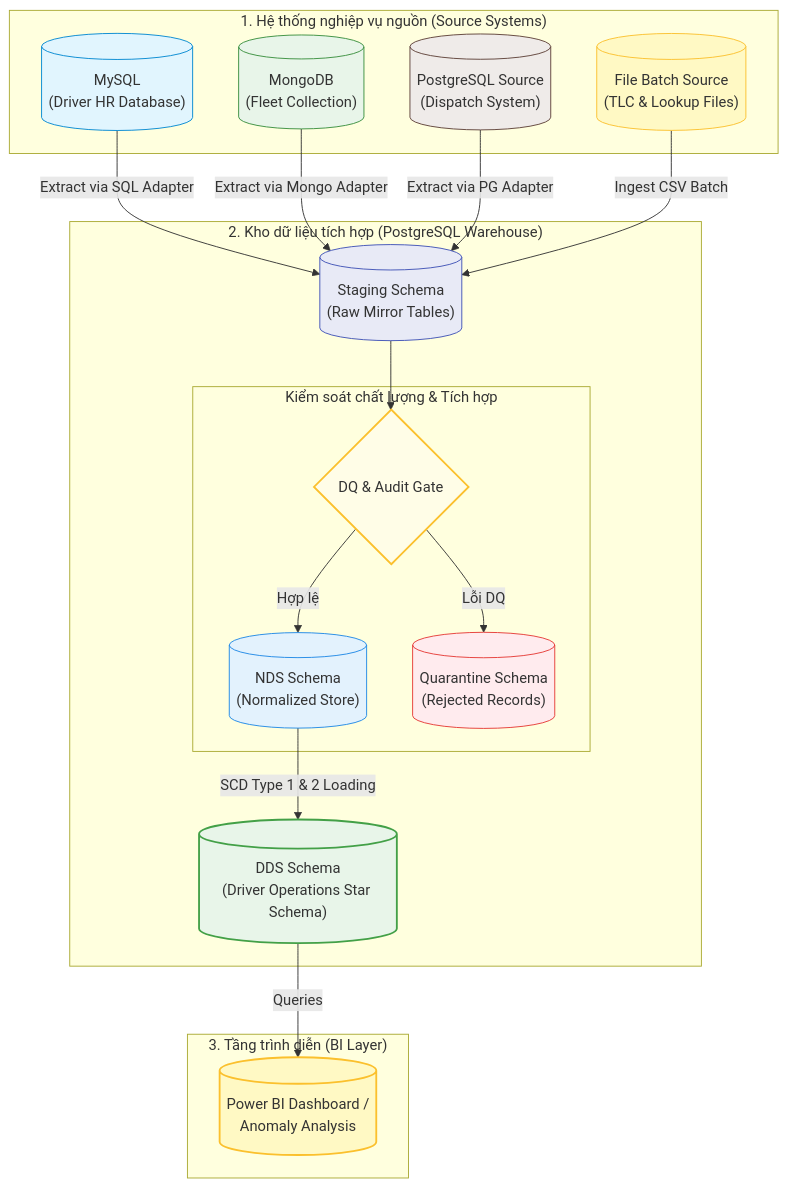
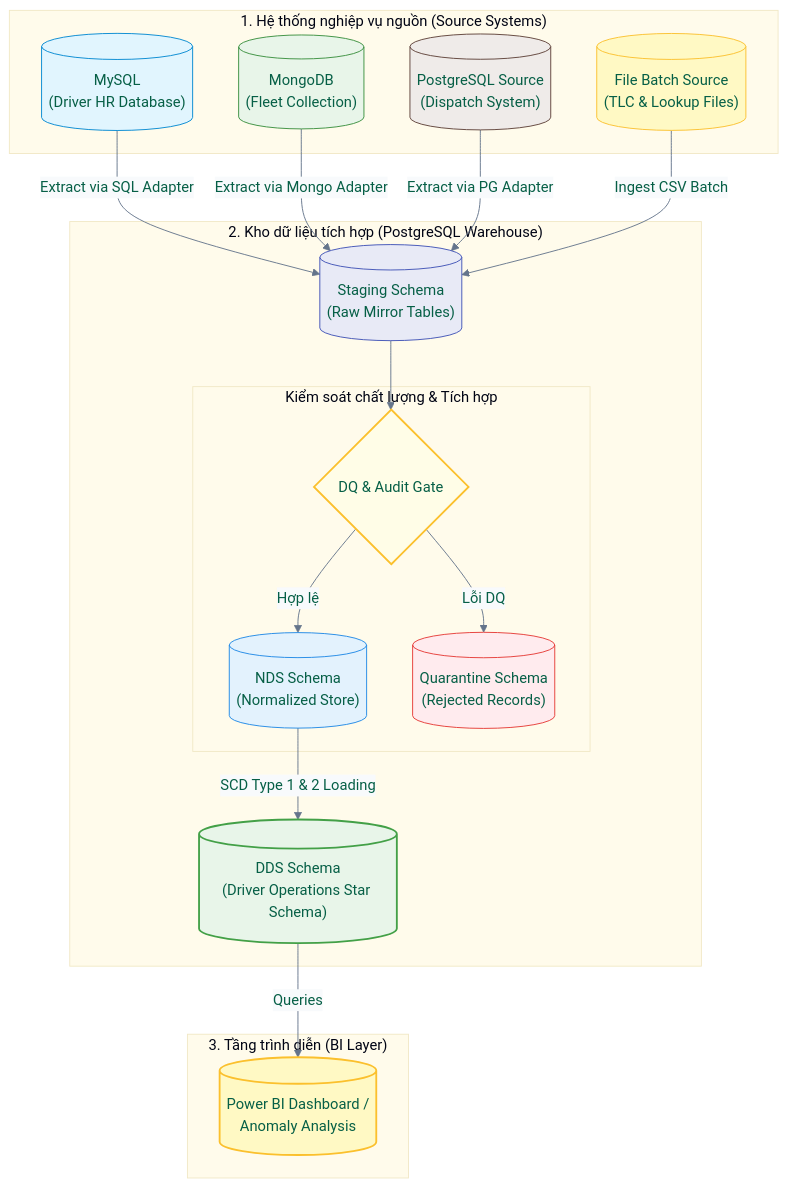
Before and after one commit to HuyVuCV1011/Green-taxi: the first of 2 diagrams in docs/05-architecture.md, drawn with Mermaid. The commit also changed other lines of this file and 4 other files, not shown here.

````diff
--- a/docs/05-architecture.md
+++ b/docs/05-architecture.md
@@ -23,48 +25,49 @@
 ```mermaid
+%%{init: {'theme': 'base', 'themeVariables': { 'primaryColor': '#ecfdf5', 'primaryTextColor': '#065f46', 'primaryBorderColor': '#10b981', 'lineColor': '#64748b', 'secondaryColor': '#f8fafc', 'tertiaryColor': '#fffbeb'}}}%%
 flowchart TD
     subgraph SimulationSources["1. Hệ thống nghiệp vụ nguồn (Source Systems)"]
         MySQL[("MySQL<br>(Driver HR Database)")]
         Mongo[("MongoDB<br>(Fleet Collection)")]
         PG_Src[("PostgreSQL Source<br>(Dispatch System)")]
         TLC_Files[("File Batch Source<br>(TLC & Lookup Files)")]
     end
 
     subgraph WarehouseSystem["2. Kho dữ liệu tích hợp (PostgreSQL Warehouse)"]
         STG[("Staging Schema<br>(Raw Mirror Tables)")]
 
         subgraph IntegrityFlow["Kiểm soát chất lượng & Tích hợp"]
             DQ{"DQ & Audit Gate"}
             NDS[("NDS Schema<br>(Normalized Store)")]
             Q_Schema[("Quarantine Schema<br>(Rejected Records)")]
         end
 
         DDS[("DDS Schema<br>(Driver Operations Star Schema)")]
     end
 
     subgraph AnalysisBI["3. Tầng trình diễn (BI Layer)"]
         Dashboard[("Power BI Dashboard /<br>Anomaly Analysis")]
     end
 
     MySQL -->|"Extract via SQL Adapter"| STG
     Mongo -->|"Extract via Mongo Adapter"| STG
     PG_Src -->|"Extract via PG Adapter"| STG
     TLC_Files -->|"Ingest CSV Batch"| STG
 
     STG --> DQ
     DQ -->|"Hợp lệ"| NDS
     DQ -->|"Lỗi DQ"| Q_Schema
     NDS -->|"SCD Type 1 & 2 Loading"| DDS
     DDS -->|"Queries"| Dashboard
 
     %% Styling
     style MySQL fill:#e1f5fe,stroke:#0288d1,stroke-width:1px
     style Mongo fill:#e8f5e9,stroke:#388e3c,stroke-width:1px
     style PG_Src fill:#efebe9,stroke:#5d4037,stroke-width:1px
     style TLC_Files fill:#fff9c4,stroke:#fbc02d,stroke-width:1px
     style STG fill:#e8eaf6,stroke:#3f51b5,stroke-width:1px
     style DQ fill:#fffde7,stroke:#fbc02d,stroke-width:2px
     style NDS fill:#e3f2fd,stroke:#1e88e5,stroke-width:1px
     style Q_Schema fill:#ffebee,stroke:#e53935,stroke-width:1px
     style DDS fill:#e8f5e9,stroke:#43a047,stroke-width:2px
     style Dashboard fill:#fff9c4,stroke:#fbc02d,stroke-width:2px
 ```
````
